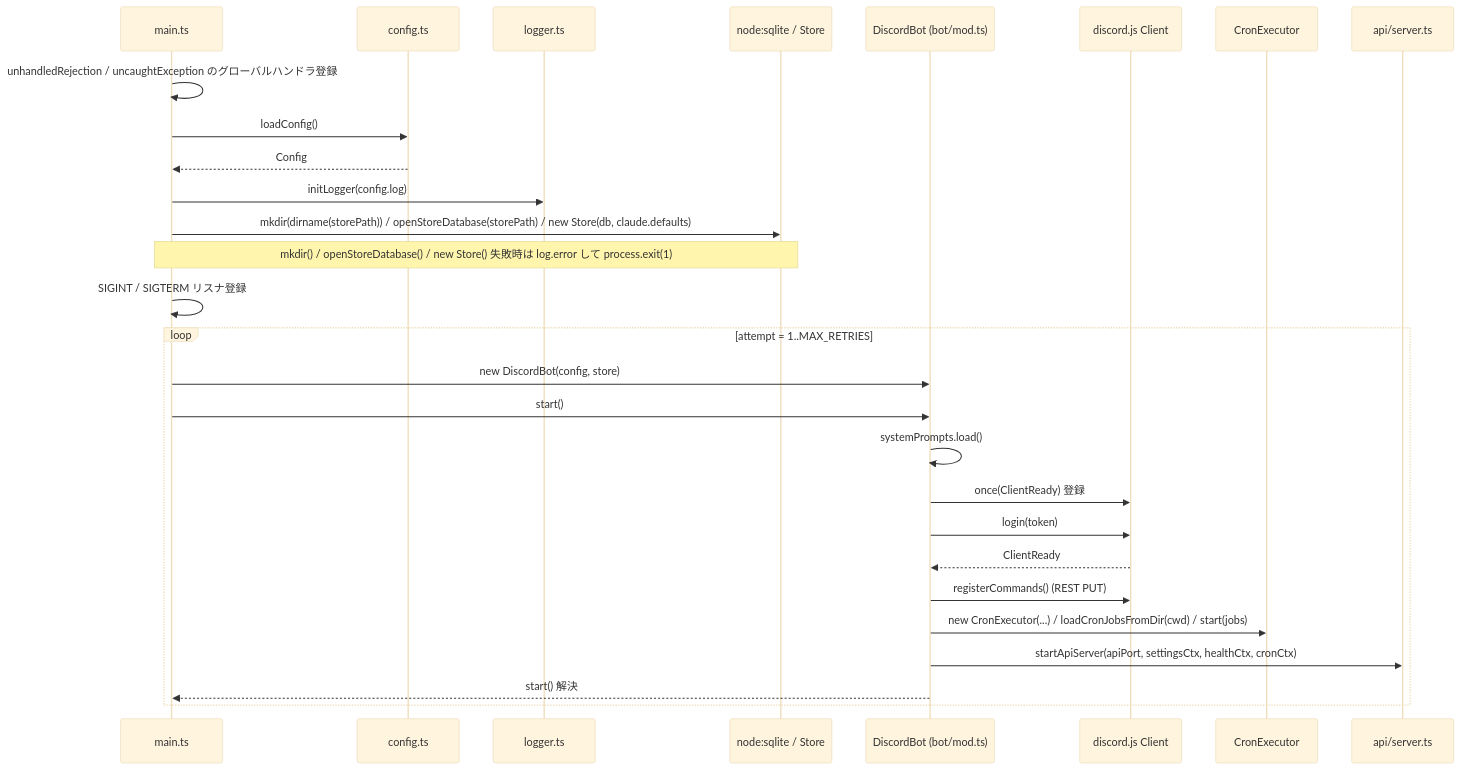
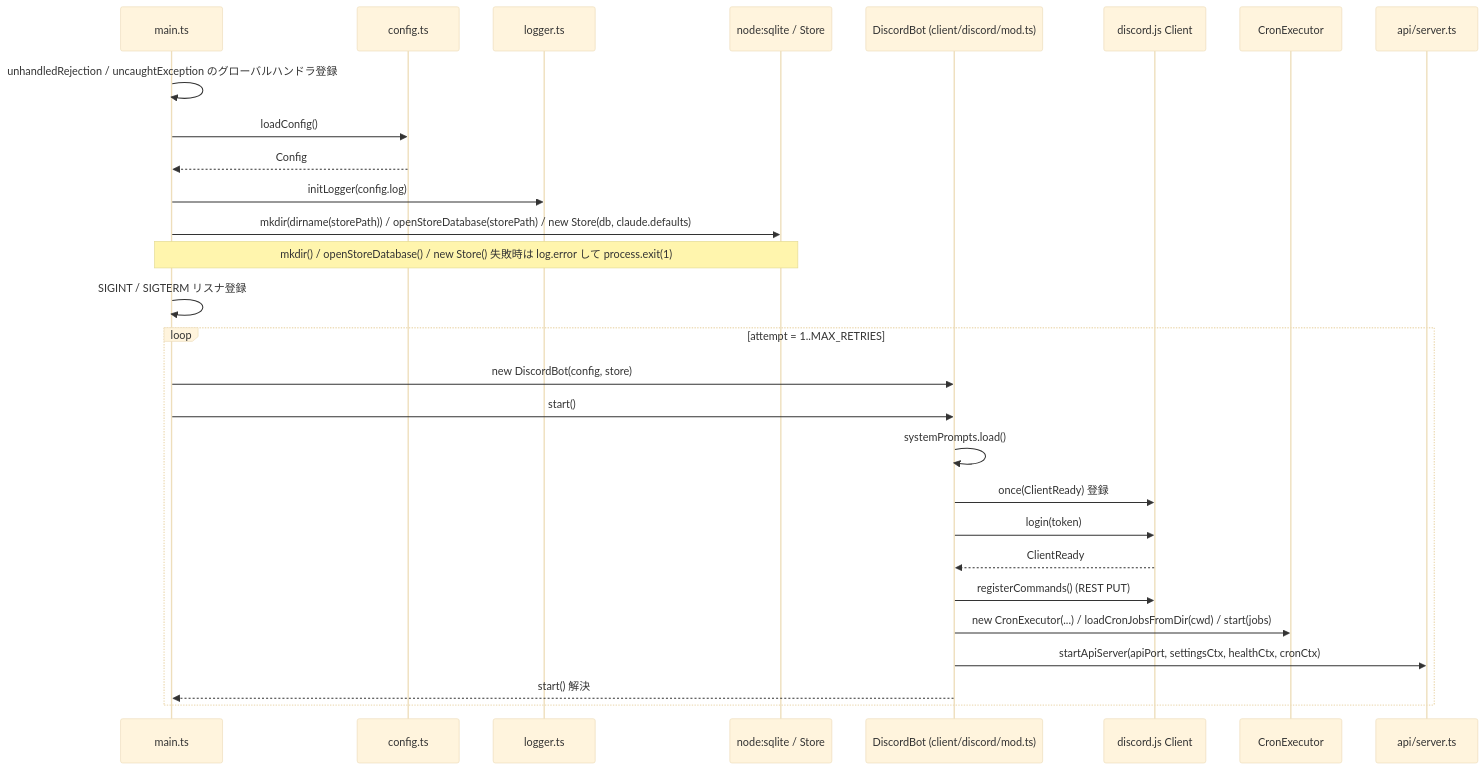
Before and after one commit to ansanloms/loms-claw: the diagram in docs/architecture/lifecycle.md, drawn with Mermaid (base theme). The commit also changed other lines of this file and 51 other files, not shown here.

First line of the commit message:
refactor: 会話の中核を Discord から分離し core/ と client/discord/ に分ける

````diff
--- a/docs/architecture/lifecycle.md
+++ b/docs/architecture/lifecycle.md
@@ -9,31 +9,31 @@
 ```mermaid
 sequenceDiagram
     participant M as main.ts
     participant C as config.ts
     participant L as logger.ts
     participant DB as node:sqlite / Store
-    participant B as DiscordBot (bot/mod.ts)
+    participant B as DiscordBot (client/discord/mod.ts)
     participant D as discord.js Client
     participant X as CronExecutor
     participant A as api/server.ts
 
     M->>M: unhandledRejection / uncaughtException のグローバルハンドラ登録
     M->>C: loadConfig()
     C-->>M: Config
     M->>L: initLogger(config.log)
     M->>DB: mkdir(dirname(storePath)) / openStoreDatabase(storePath) / new Store(db, claude.defaults)
     Note over M,DB: mkdir() / openStoreDatabase() / new Store() 失敗時は log.error して process.exit(1)
     M->>M: SIGINT / SIGTERM リスナ登録
     loop attempt = 1..MAX_RETRIES
         M->>B: new DiscordBot(config, store)
         M->>B: start()
         B->>B: systemPrompts.load()
         B->>D: once(ClientReady) 登録
         B->>D: login(token)
         D-->>B: ClientReady
         B->>D: registerCommands() (REST PUT)
         B->>X: new CronExecutor(...) / loadCronJobsFromDir(cwd) / start(jobs)
         B->>A: startApiServer(apiPort, settingsCtx, healthCtx, cronCtx)
         B-->>M: start() 解決
     end
 ```
````
